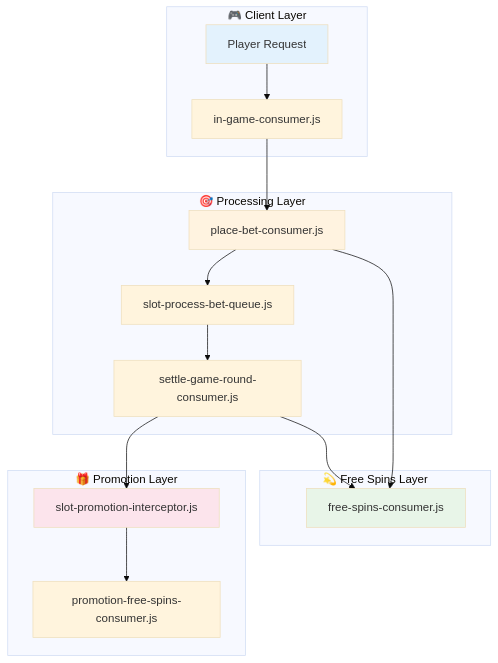
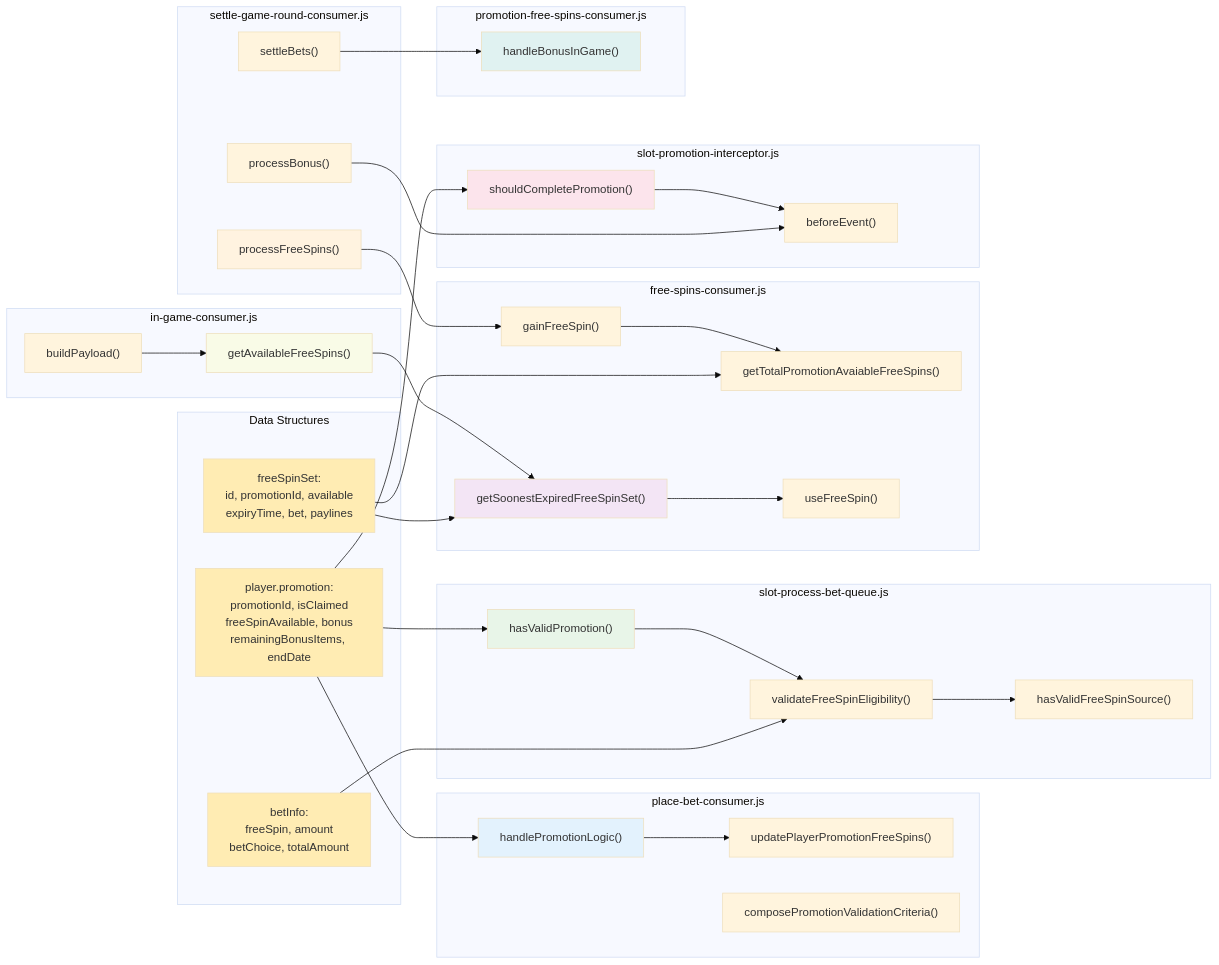
Before and after one commit to starixvn/l1_sc-packages_sc-slot-game-base: the diagram in docs/promotion-components.md, drawn with Mermaid (base theme). The commit also changed other lines of this file and 1 other file, not shown here.

Commit message:
feat: add flow promotion free spin

````diff
--- a/docs/promotion-components.md
+++ b/docs/promotion-components.md
@@ -7,29 +5,77 @@
 ```mermaid
-flowchart TD
-    subgraph "🎮 Client Layer"
-        A[Player Request] --> B[in-game-consumer.js]
+graph LR
+    subgraph "Data Structures"
+        A["player.promotion:<br/>promotionId, isClaimed<br/>freeSpinAvailable, bonus<br/>remainingBonusItems, endDate"]
+        B["freeSpinSet:<br/>id, promotionId, available<br/>expiryTime, bet, paylines"]
+        C["betInfo:<br/>freeSpin, amount<br/>betChoice, totalAmount"]
     end
     
-    subgraph "🎯 Processing Layer" 
-        C[place-bet-consumer.js] --> D[slot-process-bet-queue.js]
-        D --> E[settle-game-round-consumer.js]
+    subgraph "place-bet-consumer.js"
+        D["handlePromotionLogic()"]
+        E["updatePlayerPromotionFreeSpins()"]
+        F["composePromotionValidationCriteria()"]
     end
     
-    subgraph "🎁 Promotion Layer"
-        F[slot-promotion-interceptor.js] --> G[promotion-free-spins-consumer.js]
+    subgraph "slot-process-bet-queue.js"
+        G["hasValidPromotion()"]
+        H["validateFreeSpinEligibility()"]
+        I["hasValidFreeSpinSource()"]
     end
     
-    subgraph "💫 Free Spins Layer"
-        H[free-spins-consumer.js]
+    subgraph "free-spins-consumer.js"
+        J["getSoonestExpiredFreeSpinSet()"]
+        K["getTotalPromotionAvaiableFreeSpins()"]
+        L["useFreeSpin()"]
+        M["gainFreeSpin()"]
     end
     
-    B --> C
-    E --> F
-    E --> H
+    subgraph "settle-game-round-consumer.js"
+        N["processFreeSpins()"]
+        O["processBonus()"]
+        P["settleBets()"]
+    end
+    
+    subgraph "slot-promotion-interceptor.js"
+        Q["shouldCompletePromotion()"]
+        R["beforeEvent()"]
+    end
+    
+    subgraph "promotion-free-spins-consumer.js"
+        S["handleBonusInGame()"]
+    end
+    
+    subgraph "in-game-consumer.js"
+        T["getAvailableFreeSpins()"]
+        U["buildPayload()"]
+    end
+    
+    A --> D
+    A --> G
+    A --> Q
+    B --> J
+    B --> K
     C --> H
     
-    style A fill:#e3f2fd
-    style C fill:#fff3e0
-    style F fill:#fce4ec
-    style H fill:#e8f5e8
+    D --> E
+    G --> H
+    H --> I
+    J --> L
+    M --> K
+    N --> M
+    O --> R
+    P --> S
+    Q --> R
+    T --> J
+    U --> T
+    
+    style A fill:#ffecb3
+    style B fill:#ffecb3
+    style C fill:#ffecb3
+    style D fill:#e3f2fd
+    style G fill:#e8f5e8
+    style J fill:#f3e5f5
+    style N fill:#fff3e0
+    style Q fill:#fce4ec
+    style S fill:#e0f2f1
+    style T fill:#f9fbe7
 ```
````
